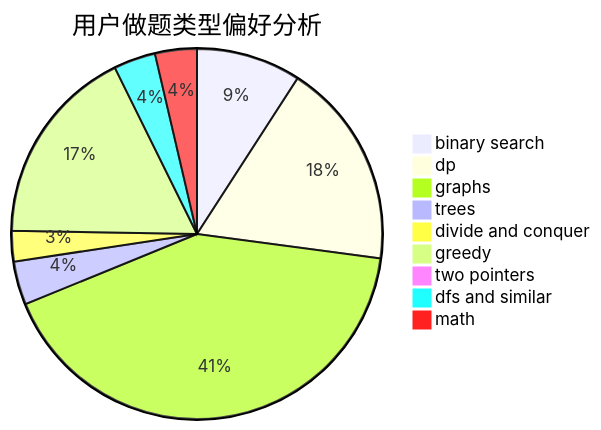
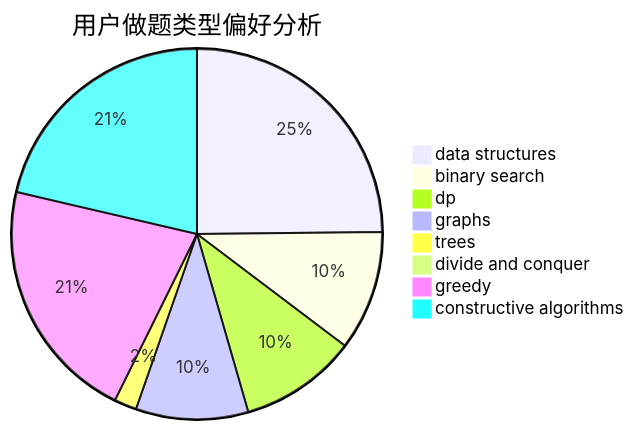
Before and after one commit to sherpahu/cfrs.github.io: the second of 3 diagrams in docs/user/u1268.md, drawn with Mermaid. The commit also changed other lines of this file and 2775 other files, not shown here.

````diff
--- a/docs/user/u1268.md
+++ b/docs/user/u1268.md
@@ -23,12 +23,11 @@
 ```mermaid
 pie title 用户做题类型偏好分析
-    "binary search" :  65
-    "dp" :  128
-    "graphs" :  297
-    "trees" :  27
-    "divide and conquer" :  19
-    "greedy" :  124
-    "two pointers" :  6
-    "dfs and similar" :  26
-    "math" :  26
+    "data structures" :  114
+    "binary search" :  48
+    "dp" :  47
+    "graphs" :  45
+    "trees" :  9
+    "divide and conquer" :  0
+    "greedy" :  98
+    "constructive algorithms" :  98
 ```
````
